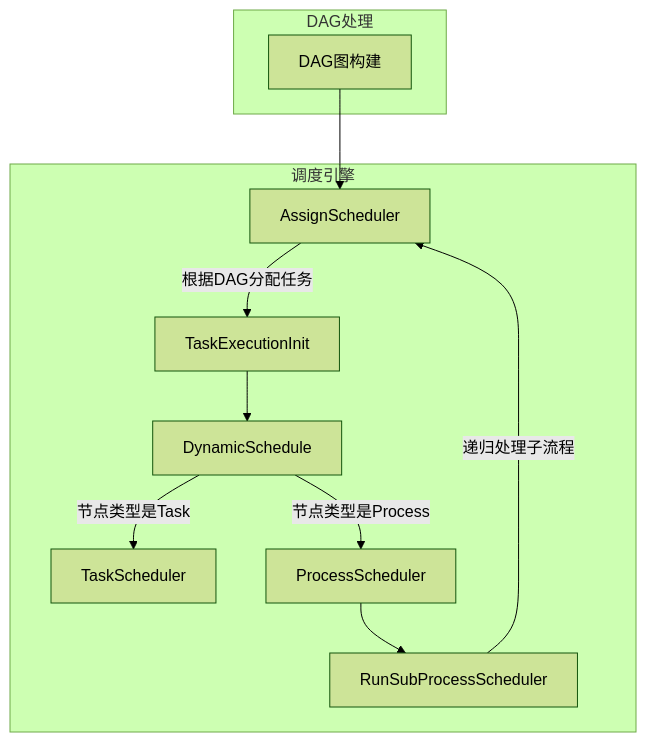
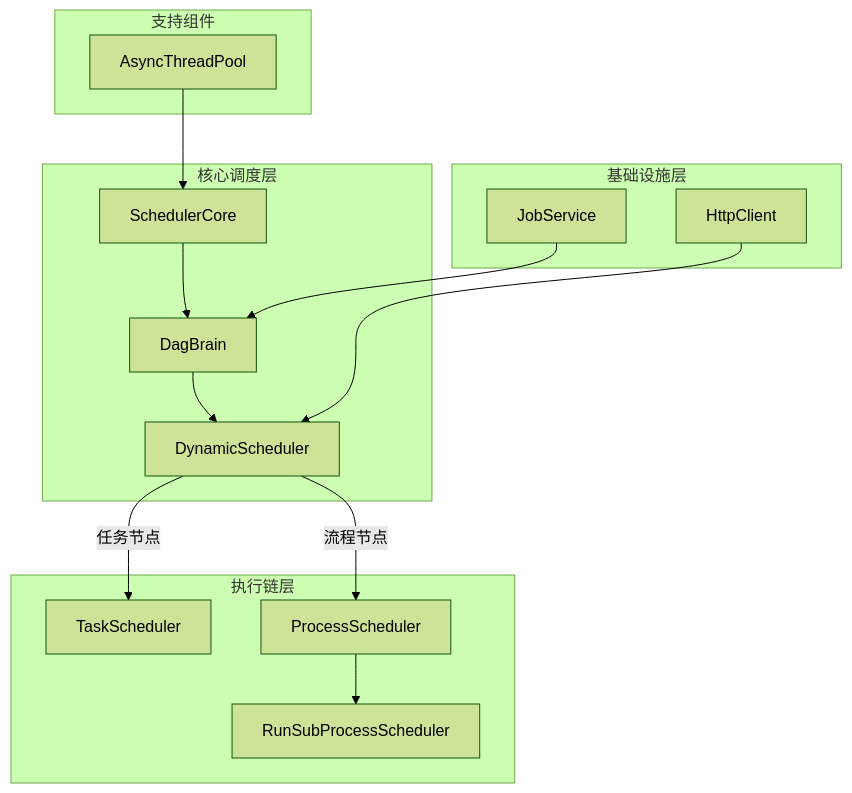
One commit to xsinxcos/Piper-AI changed the diagram in README.md. Above: the diagram before and after it, drawn with Mermaid (forest theme).

Commit message:
update: 更新 README 文件

````diff
--- a/README.md
+++ b/README.md
@@ -7,18 +7,23 @@
 ```mermaid
 graph TD
-  
-    subgraph 调度引擎
-        B1[AssignScheduler] -->|根据DAG分配任务| B2[TaskExecutionInit]
-        B2 --> B3[DynamicSchedule]
-        B3 -->|节点类型是Task| B4[TaskScheduler]
-        B3 -->|节点类型是Process| B5[ProcessScheduler]
-        B5 --> B7[RunSubProcessScheduler]
-        B7 -->|递归处理子流程| B1
+    subgraph 核心调度层
+        A[SchedulerCore] --> B[DagBrain]
+        B --> C[DynamicScheduler]
     end
-  
-    subgraph DAG处理
-        E1[DAG图构建]
+
+    subgraph 执行链层
+        C -->|任务节点| D[TaskScheduler]
+        C -->|流程节点| E[ProcessScheduler]
+        E --> F[RunSubProcessScheduler]
     end
-  
-    E1 --> B1
+
+    subgraph 基础设施层
+        G[JobService] --> B
+        H[HttpClient] --> C
+    end
+
+    subgraph 支持组件
+        I[AsyncThreadPool] --> A
+    end
+
 ```
````
